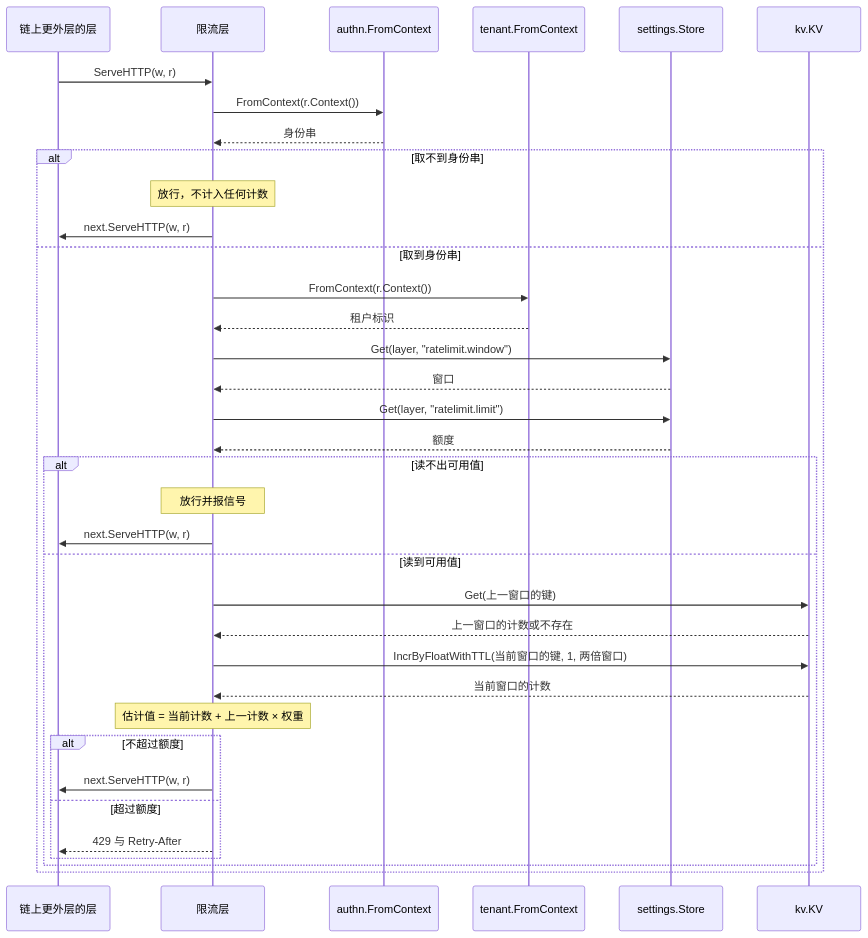
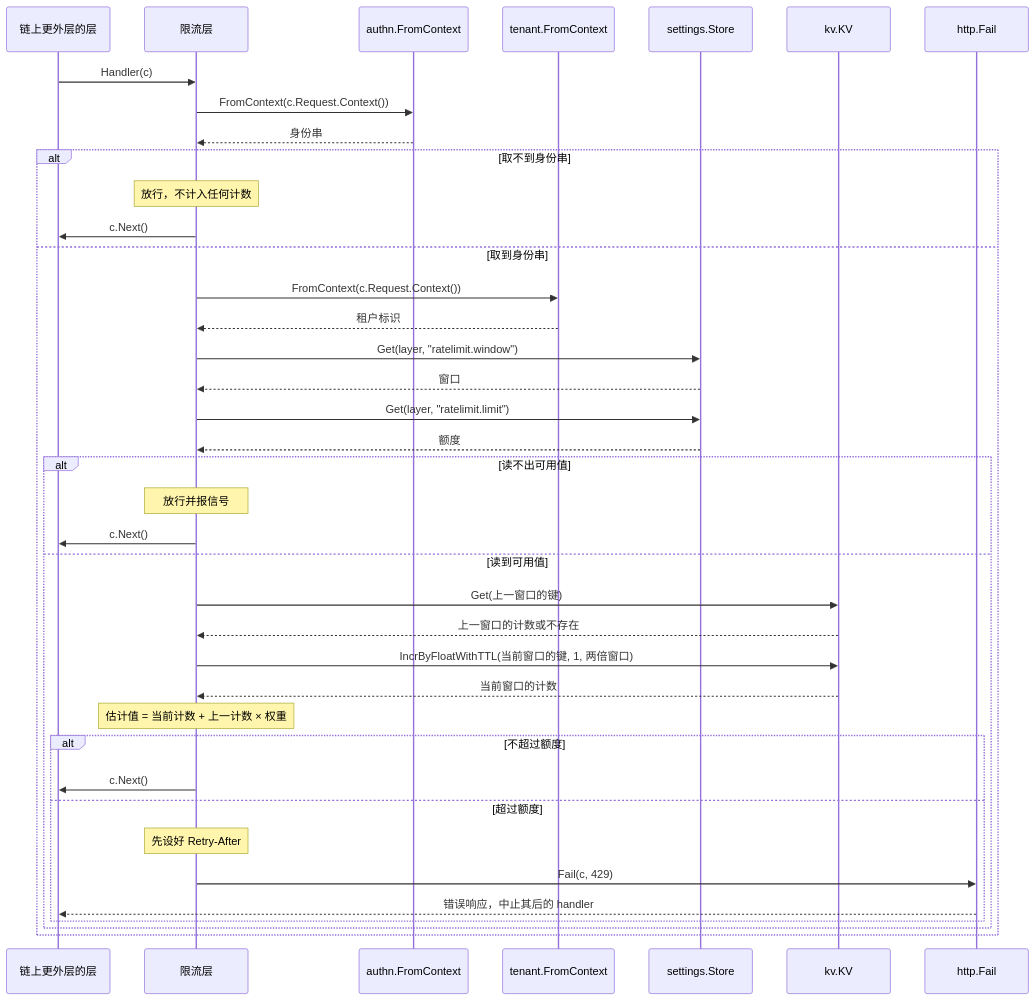
Before and after one commit to wangzw/speed: the diagram in docs/design/modules/design-ratelimit.md, drawn with Mermaid. The commit also changed other lines of this file and 21 other files, not shown here.

````diff
--- a/docs/design/modules/design-ratelimit.md
+++ b/docs/design/modules/design-ratelimit.md
@@ -149,39 +150,42 @@
 ```mermaid
 sequenceDiagram
     participant C as 链上更外层的层
     participant R as 限流层
     participant A as authn.FromContext
     participant T as tenant.FromContext
     participant S as settings.Store
     participant K as kv.KV
+    participant F as http.Fail
 
-    C->>R: ServeHTTP(w, r)
-    R->>A: FromContext(r.Context())
+    C->>R: Handler(c)
+    R->>A: FromContext(c.Request.Context())
     A-->>R: 身份串
     alt 取不到身份串
         Note over R: 放行，不计入任何计数
-        R->>C: next.ServeHTTP(w, r)
+        R->>C: c.Next()
     else 取到身份串
-        R->>T: FromContext(r.Context())
+        R->>T: FromContext(c.Request.Context())
         T-->>R: 租户标识
         R->>S: Get(layer, "ratelimit.window")
         S-->>R: 窗口
         R->>S: Get(layer, "ratelimit.limit")
         S-->>R: 额度
         alt 读不出可用值
             Note over R: 放行并报信号
-            R->>C: next.ServeHTTP(w, r)
+            R->>C: c.Next()
         else 读到可用值
             R->>K: Get(上一窗口的键)
             K-->>R: 上一窗口的计数或不存在
             R->>K: IncrByFloatWithTTL(当前窗口的键, 1, 两倍窗口)
             K-->>R: 当前窗口的计数
             Note over R: 估计值 = 当前计数 + 上一计数 × 权重
             alt 不超过额度
-                R->>C: next.ServeHTTP(w, r)
+                R->>C: c.Next()
             else 超过额度
-                R-->>C: 429 与 Retry-After
+                Note over R: 先设好 Retry-After
+                R->>F: Fail(c, 429)
+                F-->>C: 错误响应，中止其后的 handler
             end
         end
     end
 ```
````
